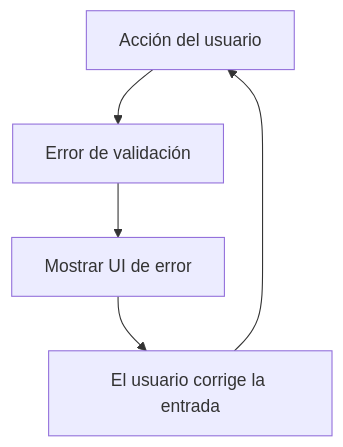
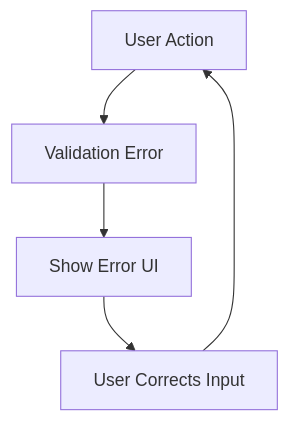
The second of 2 diagrams in skills/spec-driven-development/SKILL.md (gonzoblasco/kanam-skills), drawn with Mermaid before and after one commit. The commit also changed other lines of this file and 55 other files, not shown here.

````diff
--- a/skills/spec-driven-development/SKILL.md
+++ b/skills/spec-driven-development/SKILL.md
@@ -169,7 +169,7 @@
 ```mermaid
 graph TD
-  A[Acción del usuario] --> B[Error de validación]
-  B --> C[Mostrar UI de error]
-  C --> D[El usuario corrige la entrada]
+  A[User Action] --> B[Validation Error]
+  B --> C[Show Error UI]
+  C --> D[User Corrects Input]
   D --> A
 ```
````
